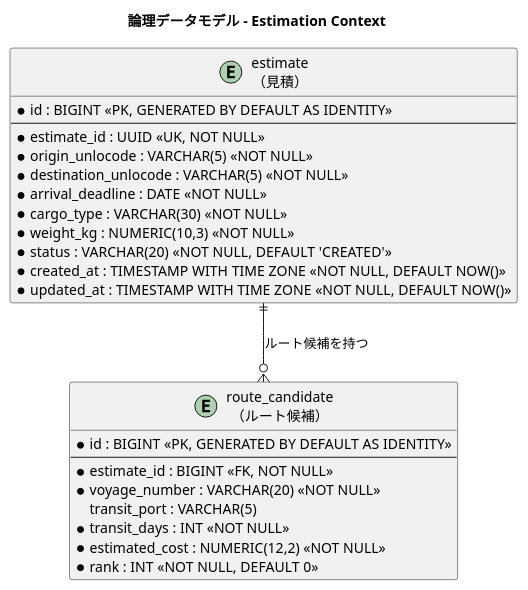
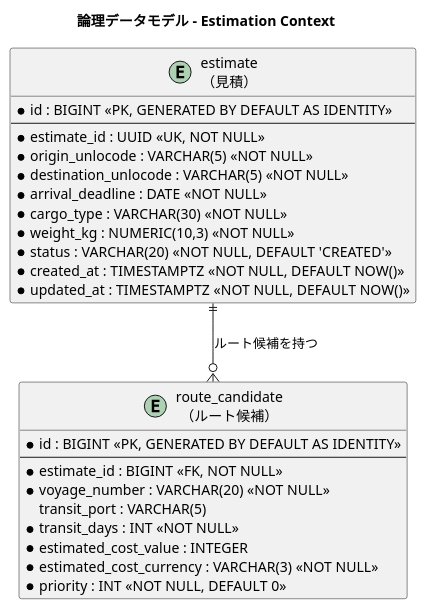
The eighth of 9 diagrams in docs/design/data-model.md (k2works/case-study-cargo-tracker), drawn with PlantUML before and after one commit. The commit also changed other lines of this file and 6 other files, not shown here.

````diff
--- a/docs/design/data-model.md
+++ b/docs/design/data-model.md
@@ -562,33 +565,34 @@
 ```plantuml
 @startuml
 title 論理データモデル - Estimation Context
 
 entity "estimate\n（見積）" as estimate {
   * id : BIGINT <<PK, GENERATED BY DEFAULT AS IDENTITY>>
   --
   * estimate_id : UUID <<UK, NOT NULL>>
   * origin_unlocode : VARCHAR(5) <<NOT NULL>>
   * destination_unlocode : VARCHAR(5) <<NOT NULL>>
   * arrival_deadline : DATE <<NOT NULL>>
   * cargo_type : VARCHAR(30) <<NOT NULL>>
   * weight_kg : NUMERIC(10,3) <<NOT NULL>>
   * status : VARCHAR(20) <<NOT NULL, DEFAULT 'CREATED'>>
-  * created_at : TIMESTAMP WITH TIME ZONE <<NOT NULL, DEFAULT NOW()>>
-  * updated_at : TIMESTAMP WITH TIME ZONE <<NOT NULL, DEFAULT NOW()>>
+  * created_at : TIMESTAMPTZ <<NOT NULL, DEFAULT NOW()>>
+  * updated_at : TIMESTAMPTZ <<NOT NULL, DEFAULT NOW()>>
 }
 
 entity "route_candidate\n（ルート候補）" as route_candidate {
   * id : BIGINT <<PK, GENERATED BY DEFAULT AS IDENTITY>>
   --
   * estimate_id : BIGINT <<FK, NOT NULL>>
   * voyage_number : VARCHAR(20) <<NOT NULL>>
   transit_port : VARCHAR(5)
   * transit_days : INT <<NOT NULL>>
-  * estimated_cost : NUMERIC(12,2) <<NOT NULL>>
-  * rank : INT <<NOT NULL, DEFAULT 0>>
+  * estimated_cost_value : INTEGER
+    * estimated_cost_currency : VARCHAR(3) <<NOT NULL>>
+  * priority : INT <<NOT NULL, DEFAULT 0>>
 }
 
 estimate ||--o{ route_candidate : "ルート候補を持つ"
 
 @enduml
 ```
````
